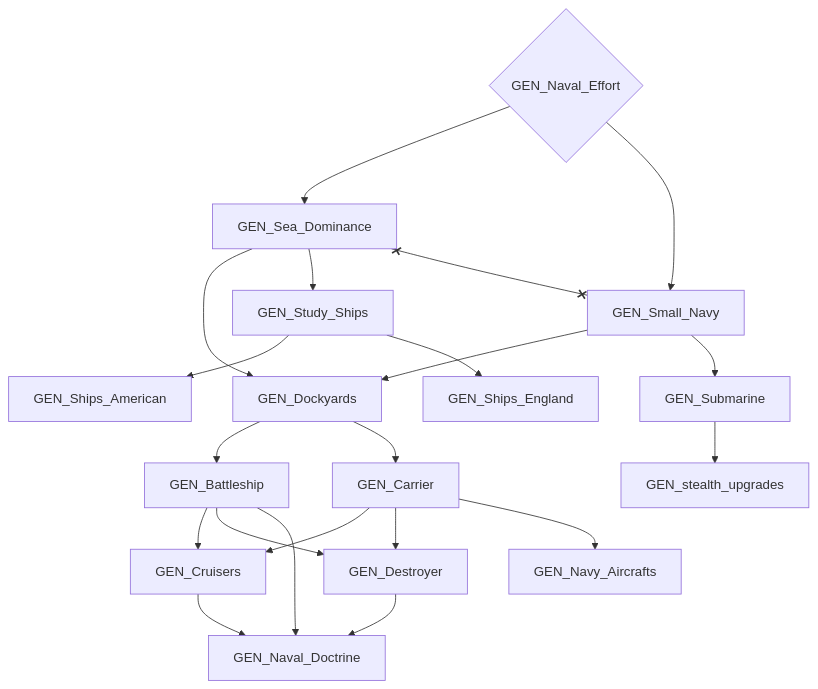
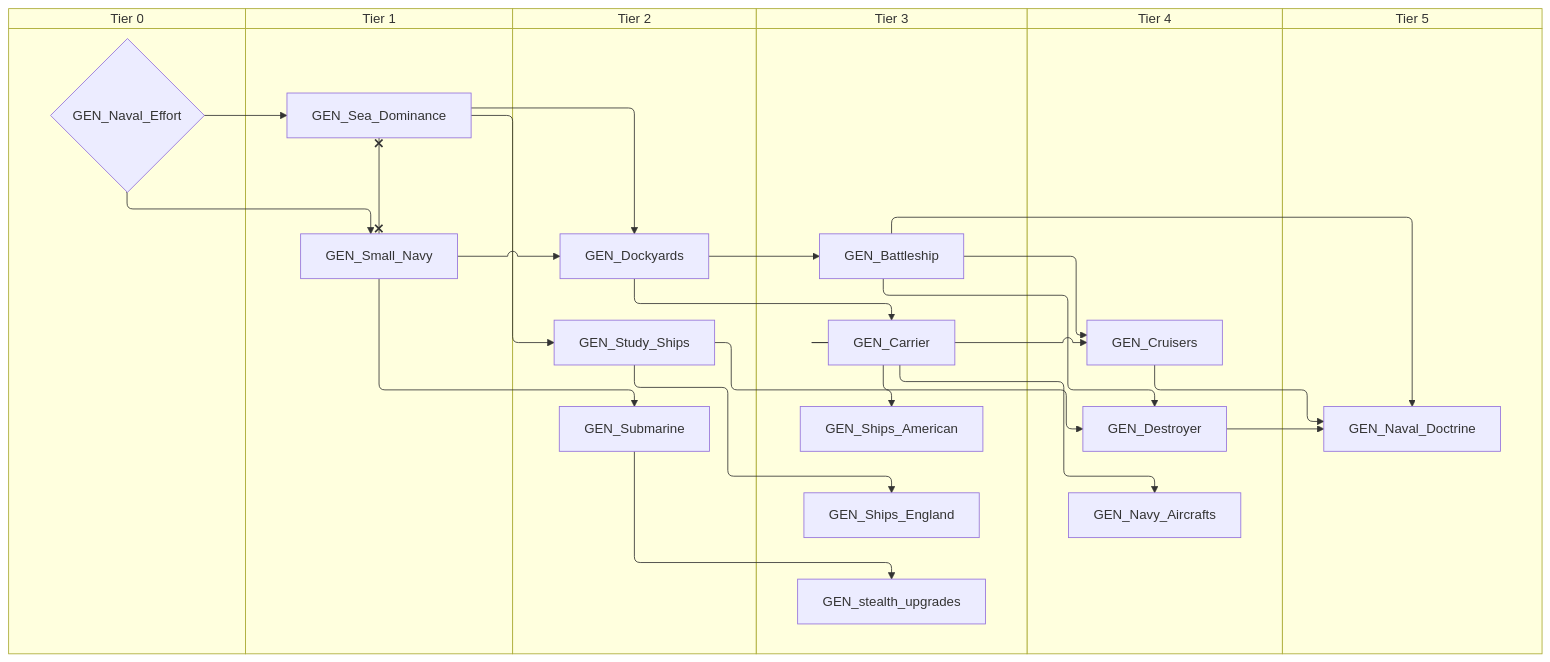
One commit to evgeny-sobol/hoi4-sandbox-mode-r56 changed the second of 5 diagrams in docs/gdd/National Focuses/r56_gen_shared.md. Above: the diagram before and after it, drawn with Mermaid. The commit also changed other lines of this file and 423 other files, not shown here.

First line of the commit message:
Re-export Rt56 focus trees as swimlane diagrams

````diff
--- a/docs/gdd/National Focuses/r56_gen_shared.md
+++ b/docs/gdd/National Focuses/r56_gen_shared.md
@@ -77,38 +87,50 @@
 ```mermaid
-flowchart TD
-    n20["GEN_Battleship"]
-    n21["GEN_Carrier"]
-    n22["GEN_Cruisers"]
-    n23["GEN_Destroyer"]
-    n24["GEN_Dockyards"]
-    n25["GEN_Naval_Doctrine"]
-    n26{"GEN_Naval_Effort"}
-    n27["GEN_Navy_Aircrafts"]
-    n28["GEN_Sea_Dominance"]
-    n29["GEN_Ships_American"]
-    n30["GEN_Ships_England"]
-    n31["GEN_Small_Navy"]
-    n32["GEN_Study_Ships"]
-    n33["GEN_Submarine"]
-    n34["GEN_stealth_upgrades"]
-    n24 --> n20
-    n24 --> n21
+swimlane-beta TD
+    subgraph tier_0["Tier 0"]
+        n20{"GEN_Naval_Effort"}
+    end
+    subgraph tier_1["Tier 1"]
+        n21["GEN_Sea_Dominance"]
+        n22["GEN_Small_Navy"]
+    end
+    subgraph tier_2["Tier 2"]
+        n23["GEN_Dockyards"]
+        n24["GEN_Study_Ships"]
+        n25["GEN_Submarine"]
+    end
+    subgraph tier_3["Tier 3"]
+        n26["GEN_Battleship"]
+        n27["GEN_Carrier"]
+        n28["GEN_Ships_American"]
+        n29["GEN_Ships_England"]
+        n30["GEN_stealth_upgrades"]
+    end
+    subgraph tier_4["Tier 4"]
+        n31["GEN_Cruisers"]
+        n32["GEN_Destroyer"]
+        n33["GEN_Navy_Aircrafts"]
+    end
+    subgraph tier_5["Tier 5"]
+        n34["GEN_Naval_Doctrine"]
+    end
+    n23 --> n26
+    n23 --> n27
+    n26 --> n31
+    n27 --> n31
+    n26 --> n32
+    n27 --> n32
+    n22 --> n23
+    n21 --> n23
+    n31 --> n34
+    n32 --> n34
+    n26 --> n34
+    n27 --> n33
+    n20 --> n21
+    n24 --> n28
+    n24 --> n29
     n20 --> n22
-    n21 --> n22
-    n20 --> n23
-    n21 --> n23
-    n31 --> n24
-    n28 --> n24
+    n21 --> n24
     n22 --> n25
-    n23 --> n25
-    n20 --> n25
-    n21 --> n27
-    n26 --> n28
-    n32 --> n29
-    n32 --> n30
-    n26 --> n31
-    n28 --> n32
-    n31 --> n33
-    n33 --> n34
-    n28 x--x n31
+    n25 --> n30
+    n21 x--x n22
 ```
````
